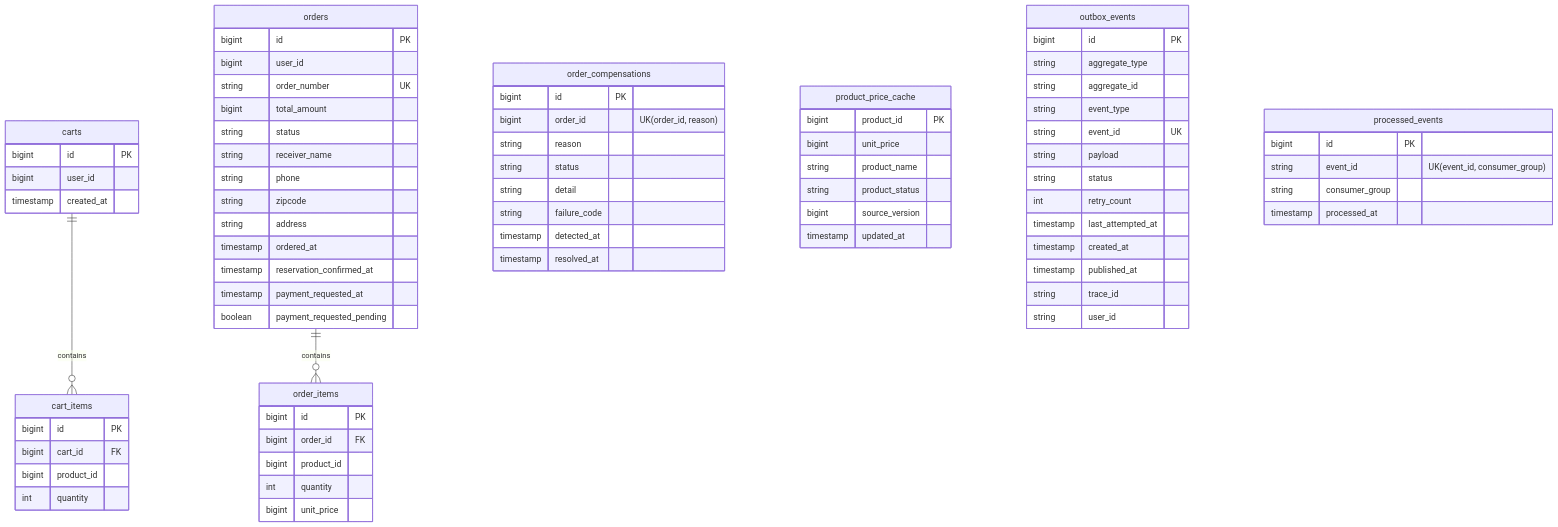
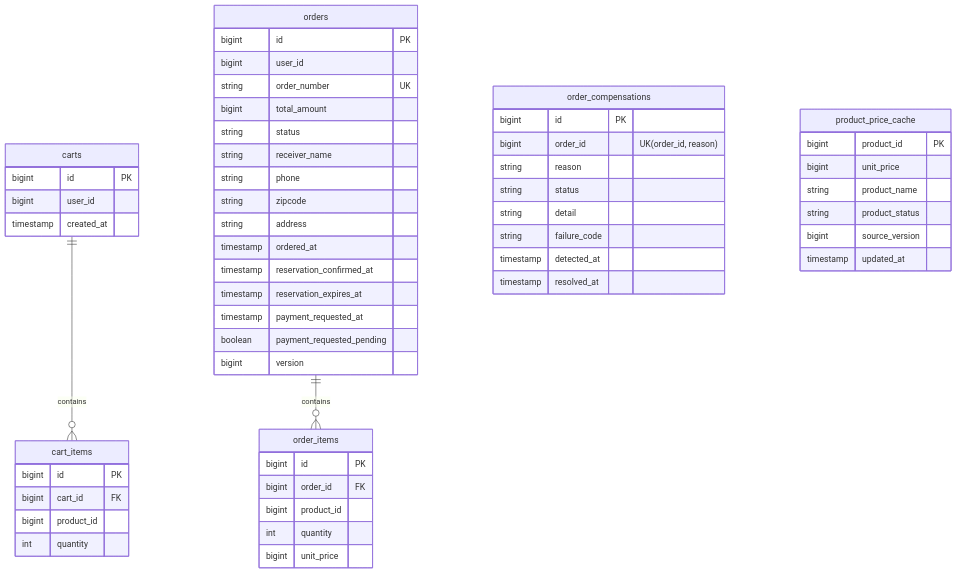
Before and after one commit to Kimgyuilli/PeekCart: the third of 5 diagrams in docs/05-data-design.md, drawn with Mermaid. The commit also changed other lines of this file, not shown here.

First line of the commit message:
docs(data): ERD 를 마이그레이션 최종 스키마로 맞추고 공통 메시징 테이블 정리

````diff
--- a/docs/05-data-design.md
+++ b/docs/05-data-design.md
@@ -136,77 +139,58 @@
 ```mermaid
 erDiagram
   carts {
     bigint id PK
     bigint user_id
     timestamp created_at
   }
   cart_items {
     bigint id PK
     bigint cart_id FK
     bigint product_id
     int quantity
   }
   orders {
     bigint id PK
     bigint user_id
     string order_number UK
     bigint total_amount
     string status
     string receiver_name
     string phone
     string zipcode
     string address
     timestamp ordered_at
     timestamp reservation_confirmed_at
+    timestamp reservation_expires_at
     timestamp payment_requested_at
     boolean payment_requested_pending
+    bigint version
   }
   order_items {
     bigint id PK
     bigint order_id FK
     bigint product_id
     int quantity
     bigint unit_price
   }
   order_compensations {
     bigint id PK
     bigint order_id "UK(order_id, reason)"
     string reason
     string status
     string detail
     string failure_code
     timestamp detected_at
     timestamp resolved_at
   }
   product_price_cache {
     bigint product_id PK
     bigint unit_price
     string product_name
     string product_status
     bigint source_version
     timestamp updated_at
   }
-  outbox_events {
-    bigint id PK
-    string aggregate_type
-    string aggregate_id
-    string event_type
-    string event_id UK
-    string payload
-    string status
-    int retry_count
-    timestamp last_attempted_at
-    timestamp created_at
-    timestamp published_at
-    string trace_id
-    string user_id
-  }
-  processed_events {
-    bigint id PK
-    string event_id "UK(event_id, consumer_group)"
-    string consumer_group
-    timestamp processed_at
-  }
   carts ||--o{ cart_items : contains
   orders ||--o{ order_items : contains
 ```
````
